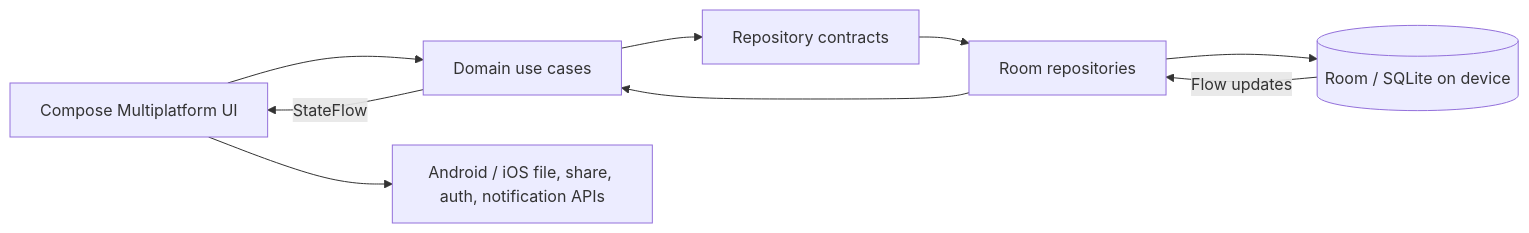
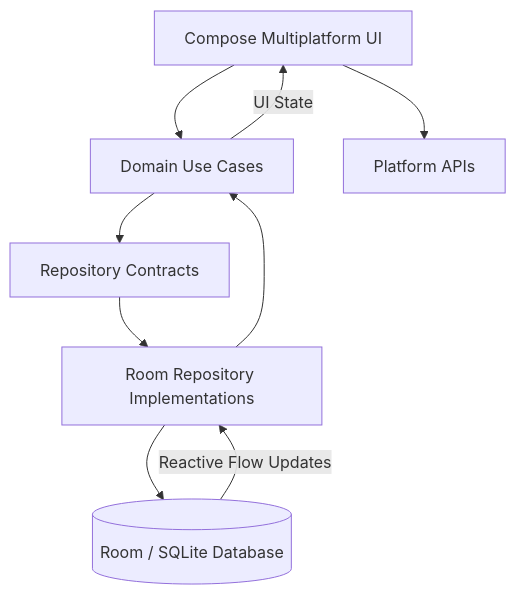
One commit to hosseinkarami-dev/penny-kmp changed the diagram in README.md. Above: the diagram before and after it, drawn with Mermaid. The commit also changed other lines of this file, not shown here.

````diff
--- a/README.md
+++ b/README.md
@@ -41,11 +59,18 @@
 ```mermaid
-flowchart LR
-  UI[Compose Multiplatform UI] --> UC[Domain use cases]
-  UC --> Repo[Repository contracts]
-  Repo --> RoomRepo[Room repositories]
-  RoomRepo --> DB[(Room / SQLite on device)]
-  DB -->|Flow updates| RoomRepo
-  RoomRepo --> UC
-  UC -->|StateFlow| UI
-  UI --> Platform[Android / iOS file, share, auth, notification APIs]
+flowchart TD
+    UI[Compose Multiplatform UI]
+    UC[Domain Use Cases]
+    Repo[Repository Contracts]
+    Impl[Room Repository Implementations]
+    DB[(Room / SQLite Database)]
+    Platform[Platform APIs]
+
+    UI --> UC
+    UC --> Repo
+    Repo --> Impl
+    Impl --> DB
+    DB -->|Reactive Flow Updates| Impl
+    Impl --> UC
+    UC -->|UI State| UI
+    UI --> Platform
 ```
````
